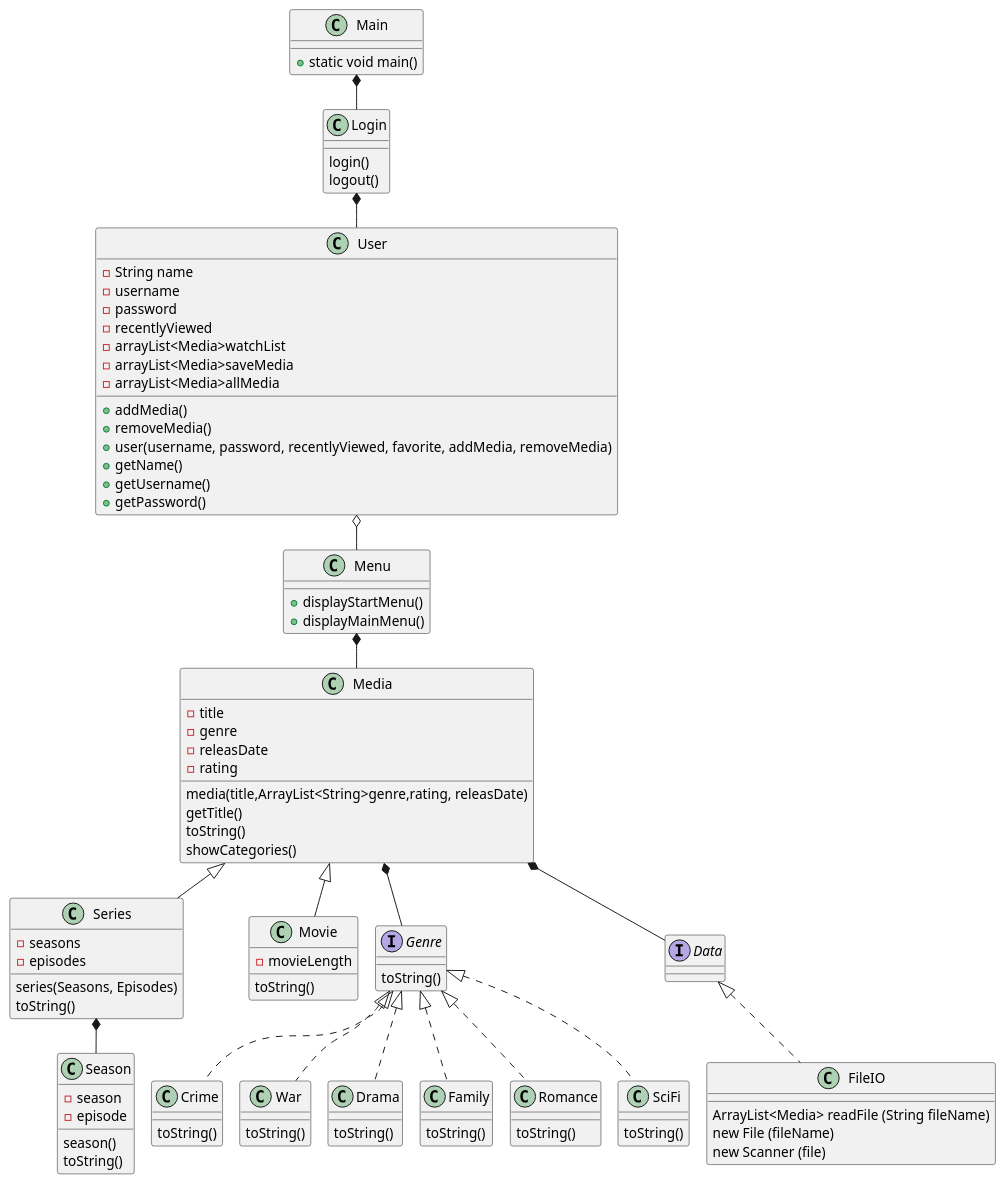
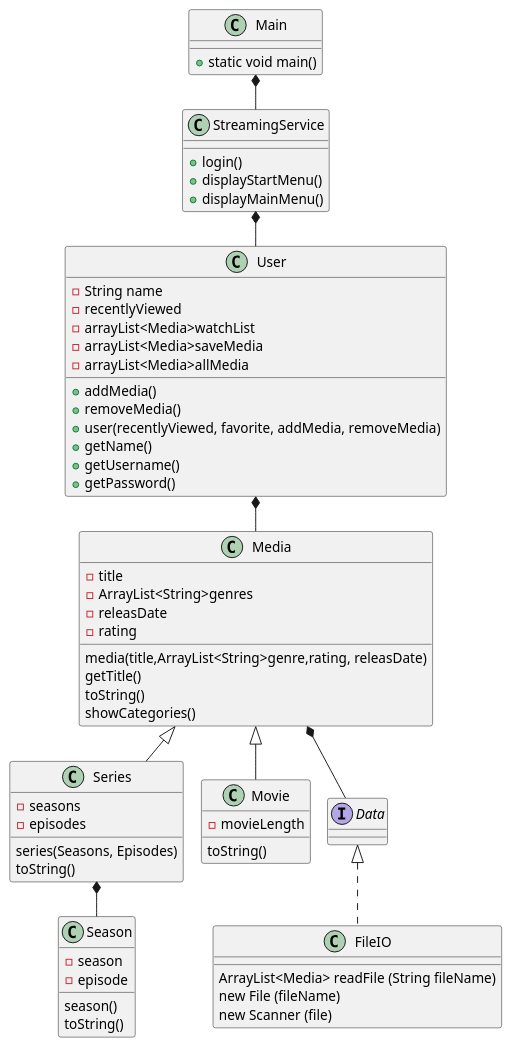
One commit to JeppeKoch/SP3 changed the diagram in SP3_Domain/src/main/java/org/example/SP3_Class.puml. Above: the diagram before and after it, drawn with PlantUML.

```diff
--- a/SP3_Domain/src/main/java/org/example/SP3_Class.puml
+++ b/SP3_Domain/src/main/java/org/example/SP3_Class.puml
@@ -1,128 +1,98 @@
 @startuml
 'https://plantuml.com/class-diagram
 !pragma layout smetana
 class Main
 class Season
 
 
 
 class Main{
 + static void main()
 }
 
-class Login{
-login()
-logout()
+class StreamingService{
++login()
++displayStartMenu()
++displayMainMenu()
 }
 
 class User{
 - String name
--username
--password
 -recentlyViewed
 -arrayList<Media>watchList
 -arrayList<Media>saveMedia
 -arrayList<Media>allMedia
 +addMedia()
 +removeMedia()
-+user(username, password, recentlyViewed, favorite, addMedia, removeMedia)
++user(recentlyViewed, favorite, addMedia, removeMedia)
 +getName()
 +getUsername()
 +getPassword()
 }
 
-class Menu{
-+displayStartMenu()
-+displayMainMenu()
-}
 
 class Media{
 -title
--genre
+-ArrayList<String>genres
 -releasDate
 -rating
 media(title,ArrayList<String>genre,rating, releasDate)
 getTitle()
 toString()
 showCategories()
 
 }
 
 class Series{
 -seasons
 -episodes
 series(Seasons, Episodes)
 toString()
 }
 
 class Season{
 -season
 -episode
 season()
 toString()
 }
 
 class Movie{
 -movieLength
 
 toString()
 }
 
-interface Genre{
-toString()
-}
+
 
 interface Data{
 
 
 }
 
 class FileIO{
 ArrayList<Media> readFile (String fileName)
 new File (fileName)
 new Scanner (file)
 }
 
-class Crime{
-toString()
-}
-class War{
-toString()
-}
-class Drama{
-toString()
-}
-class Family{
-toString()
-}
-class Romance{
-toString()
-}
-class SciFi{
-toString()
-}
 
 
-Main *-- Login
-Login *-- User
-User o-- Menu
-Menu *-- Media
+
+Main *-- StreamingService
+StreamingService *-- User
+User *-- Media
 Media <|-- Movie
 Media <|-- Series
-Media *-- Genre
+
 Data <|.- FileIO
 Media *-- Data
 
 
 Series *-- Season
 
-Genre <|.- War
-Genre <|.- Crime
-Genre <|.- Romance
-Genre <|.- Family
-Genre <|.- SciFi
-Genre <|.- Drama
+
 
 
 
 @enduml
```
